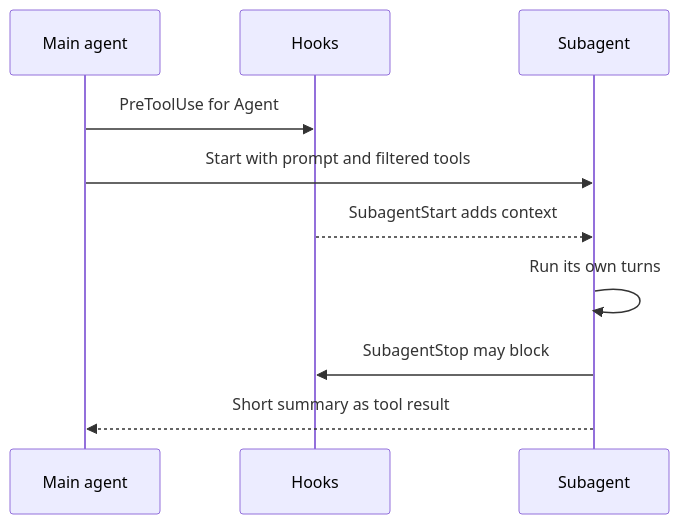
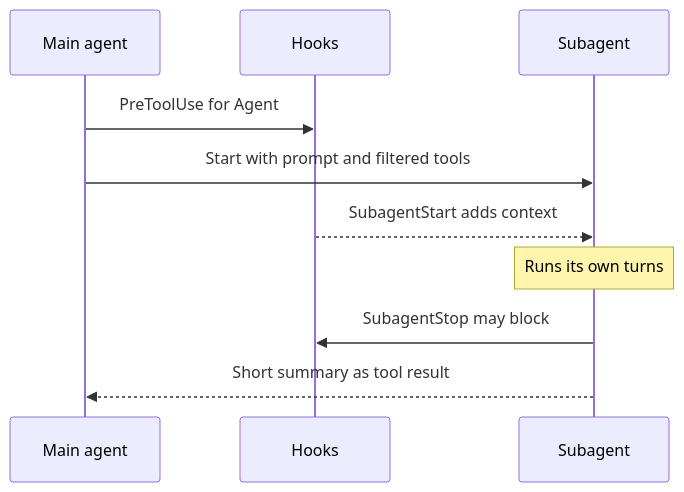
Before and after one commit to xsyetopz/claude-code-docs: the diagram in docs/extend/subagents/index.md, drawn with Mermaid. The commit also changed other lines of this file and 106 other files, not shown here.

````diff
--- a/docs/extend/subagents/index.md
+++ b/docs/extend/subagents/index.md
@@ -68,12 +68,12 @@
 ```mermaid
 sequenceDiagram
     participant M as Main agent
     participant H as Hooks
     participant S as Subagent
     M->>H: PreToolUse for Agent
     M->>S: Start with prompt and filtered tools
     H-->>S: SubagentStart adds context
-    S->>S: Run its own turns
+    Note over S: Runs its own turns
     S->>H: SubagentStop may block
     S-->>M: Short summary as tool result
 ```
````
